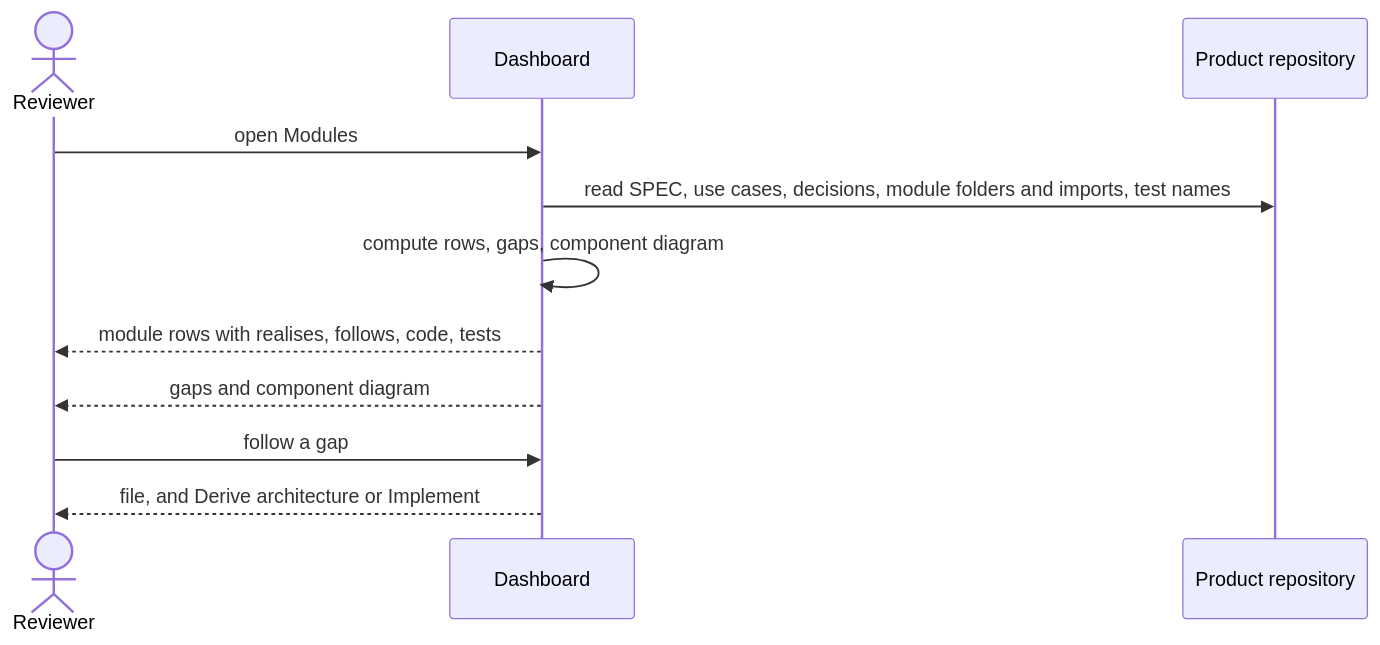
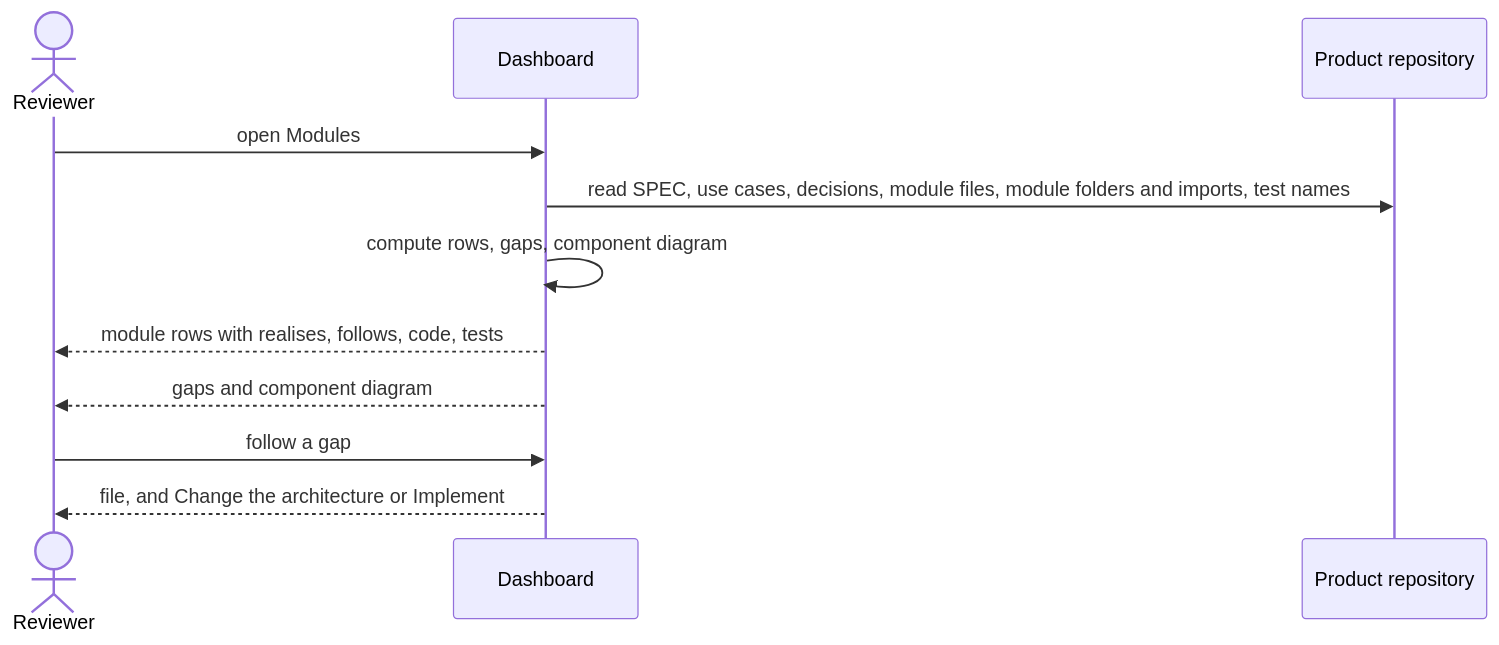
The diagram in docs/use-cases/UC-025-validate-modules.md (akmaier/agent-m), drawn with Mermaid before and after one commit. The commit also changed other lines of this file and 124 other files, not shown here.

````diff
--- a/docs/use-cases/UC-025-validate-modules.md
+++ b/docs/use-cases/UC-025-validate-modules.md
@@ -68,13 +73,13 @@
 ```mermaid
 sequenceDiagram
     actor R as Reviewer
     participant D as Dashboard
     participant G as Product repository
     R->>D: open Modules
-    D->>G: read SPEC, use cases, decisions, module folders and imports, test names
+    D->>G: read SPEC, use cases, decisions, module files, module folders and imports, test names
     D->>D: compute rows, gaps, component diagram
     D-->>R: module rows with realises, follows, code, tests
     D-->>R: gaps and component diagram
     R->>D: follow a gap
-    D-->>R: file, and Derive architecture or Implement
+    D-->>R: file, and Change the architecture or Implement
 ```
````
